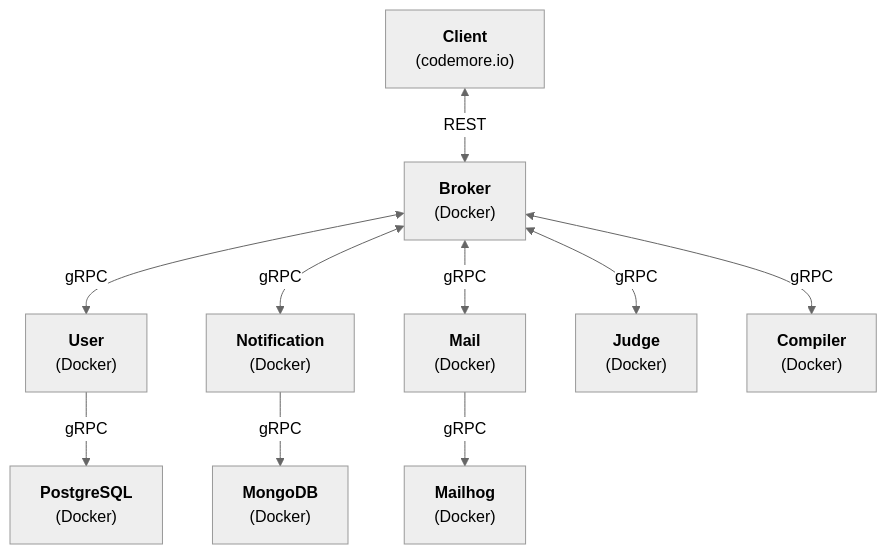
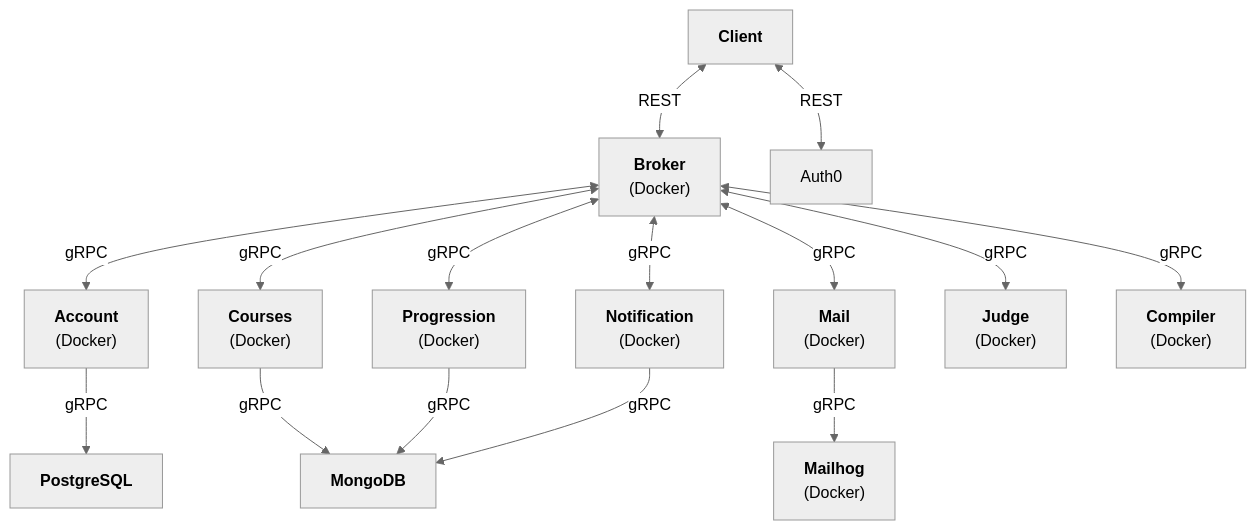
The diagram in README.md (abyanmajid/picco), drawn with Mermaid (neutral theme) before and after one commit. The commit also changed other lines of this file, not shown here.

````diff
--- a/README.md
+++ b/README.md
@@ -23,12 +23,17 @@
 ```mermaid
 graph TD
-    Client["<b>Client</b><br>(codemore.io)"] <-->|REST| Broker["<b>Broker</b><br>(Docker)"]
-    Broker <-->|gRPC| User["<b>User</b><br>(Docker)"]
+    Client["<b>Client</b>"] <-->|REST| Broker["<b>Broker</b><br>(Docker)"]
+    Client <--> |REST| Auth0
+    Broker <-->|gRPC| Account["<b>Account</b><br>(Docker)"]
+    Broker <-->|gRPC| Courses["<b>Courses</b><br>(Docker)"]
+    Broker <-->|gRPC| Progression["<b>Progression</b><br>(Docker)"]
     Broker <-->|gRPC| Notification["<b>Notification</b><br>(Docker)"]
     Broker <-->|gRPC| Mail["<b>Mail</b><br>(Docker)"]
     Broker <-->|gRPC| Judge["<b>Judge</b><br>(Docker)"]
     Broker <-->|gRPC| Compiler["<b>Compiler</b><br>(Docker)"]
-    User -->|gRPC| PostgreSQL["<b>PostgreSQL</b><br>(Docker)"]
-    Notification -->|gRPC| MongoDB["<b>MongoDB</b><br>(Docker)"]
+    Account -->|gRPC| PostgreSQL["<b>PostgreSQL</b>"]
+    Courses --> |gRPC| MongoDB["<b>MongoDB</b>"]
+    Progression --> |gRPC| MongoDB["<b>MongoDB</b>"]
+    Notification -->|gRPC| MongoDB["<b>MongoDB</b>"]
     Mail -->|gRPC| Mailhog["<b>Mailhog</b><br>(Docker)"]
 ```
````
